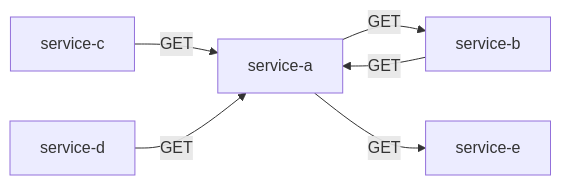
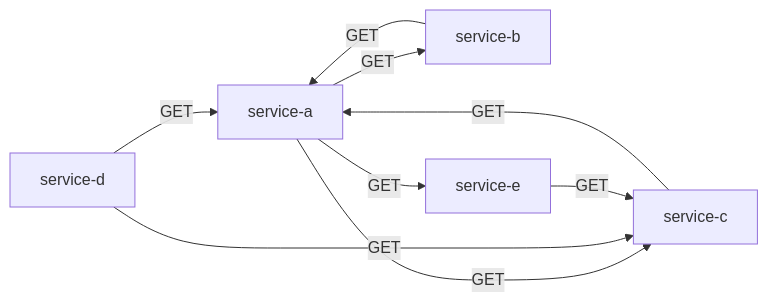
Before and after one commit to lokesh0507/First_project: the diagram in output/deps.md, drawn with Mermaid. The commit also changed 10 other files, not shown here.

Commit message:
this proves updated graph

````diff
--- a/output/deps.md
+++ b/output/deps.md
@@ -1,8 +1,11 @@
 ```mermaid
 graph LR
   service-a -->|GET| service-b
+  service-a -->|GET| service-c
   service-a -->|GET| service-e
   service-b -->|GET| service-a
   service-c -->|GET| service-a
   service-d -->|GET| service-a
+  service-d -->|GET| service-c
+  service-e -->|GET| service-c
 ```
````
